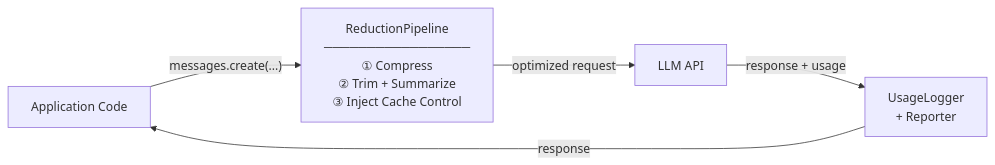
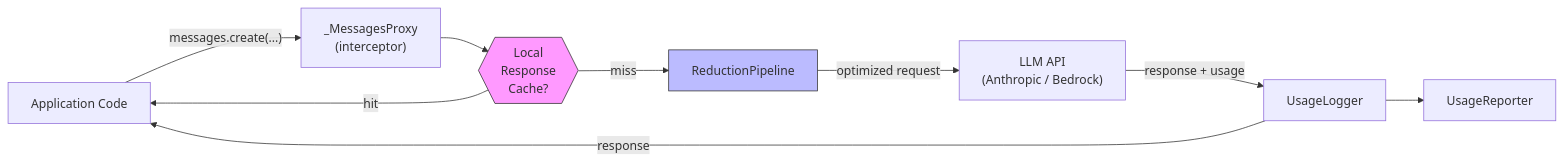
Before and after one commit to SyN-droMe/token-wrapper: the first of 3 diagrams in architecture.md, drawn with Mermaid. The commit also changed other lines of this file and 1 other file, not shown here.

First line of the commit message:
Add Mermaid diagrams to architecture, clean up README

````diff
--- a/architecture.md
+++ b/architecture.md
@@ -10,12 +10,22 @@
 ```mermaid
 flowchart LR
     APP["Application Code"]
-    PIPE["ReductionPipeline\n─────────────────\n① Compress\n② Trim + Summarize\n③ Inject Cache Control"]
-    API["LLM API"]
-    LOG["UsageLogger\n+ Reporter"]
+    PROXY["_MessagesProxy\n(interceptor)"]
+    CACHE_CHECK{{"Local\nResponse\nCache?"}}
+    PIPE["ReductionPipeline"]
+    API["LLM API\n(Anthropic / Bedrock)"]
+    LOG["UsageLogger"]
+    RPT["UsageReporter"]
 
-    APP -->|"messages.create(...)"| PIPE
+    APP -->|"messages.create(...)"| PROXY
+    PROXY --> CACHE_CHECK
+    CACHE_CHECK -->|"hit"| APP
+    CACHE_CHECK -->|"miss"| PIPE
     PIPE -->|"optimized request"| API
     API -->|"response + usage"| LOG
+    LOG --> RPT
     LOG -->|"response"| APP
+
+    style CACHE_CHECK fill:#f9f,stroke:#333
+    style PIPE fill:#bbf,stroke:#333
 ```
````
